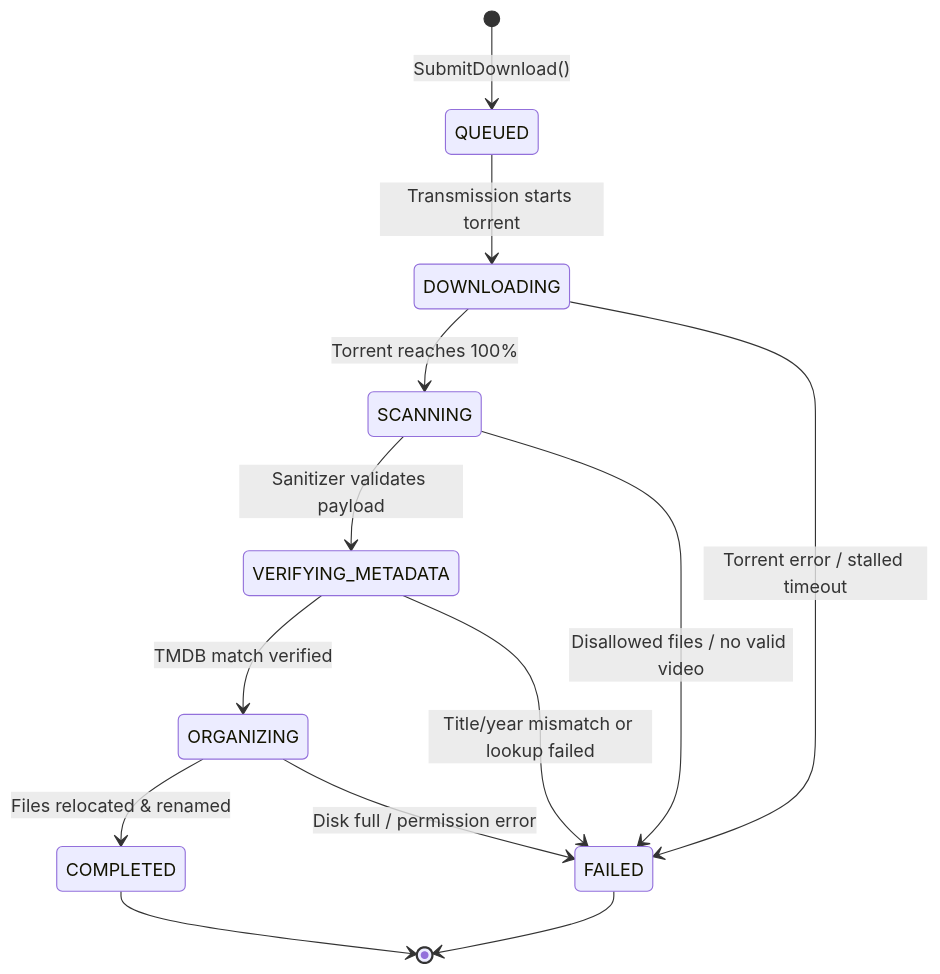
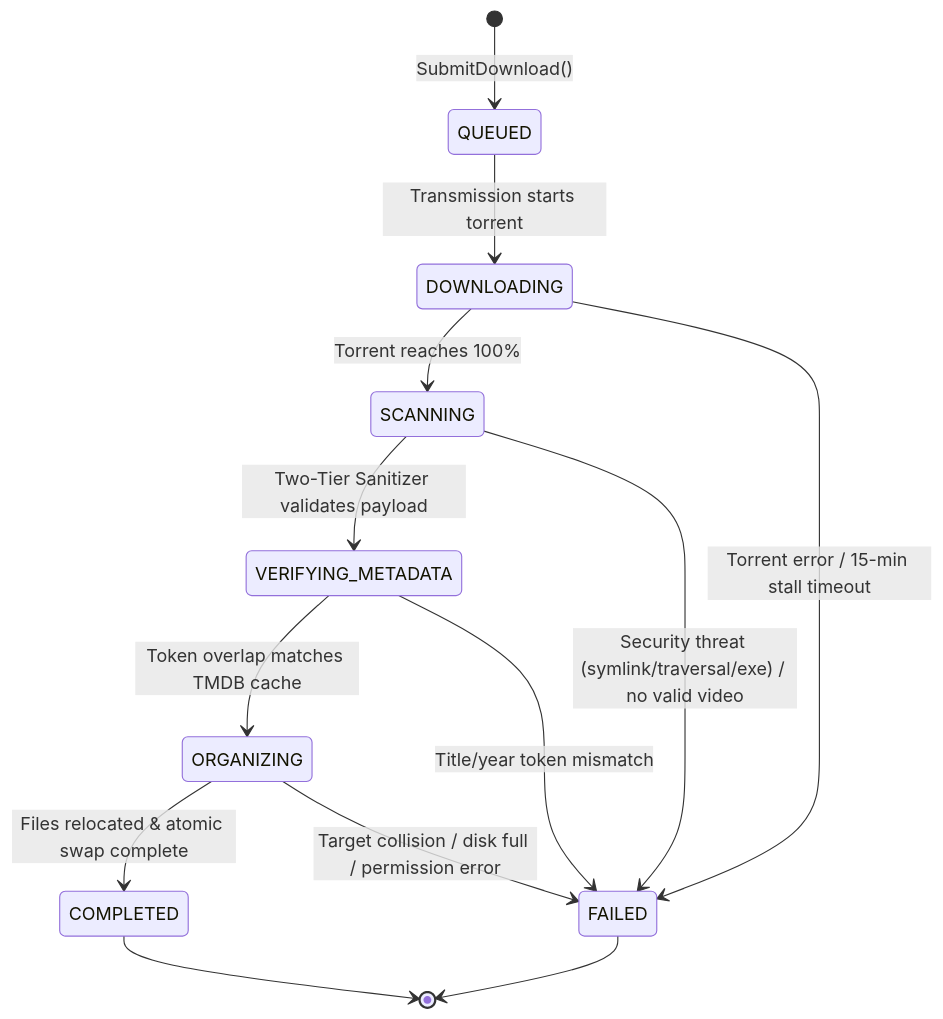
One commit to kiskaadee/MagNetFlix changed the second of 2 diagrams in docs/architecture.md. Above: the diagram before and after it, drawn with Mermaid. The commit also changed other lines of this file and 6 other files, not shown here.

First line of the commit message:
docs(architecture): reconcile ADRs, roadmap, and pipeline invariants

````diff
--- a/docs/architecture.md
+++ b/docs/architecture.md
@@ -45,19 +47,19 @@
 ```mermaid
 stateDiagram-v2
     [*] --> QUEUED: SubmitDownload()
     QUEUED --> DOWNLOADING: Transmission starts torrent
     DOWNLOADING --> SCANNING: Torrent reaches 100%
-    DOWNLOADING --> FAILED: Torrent error / stalled timeout
+    DOWNLOADING --> FAILED: Torrent error / 15-min stall timeout
     
-    SCANNING --> VERIFYING_METADATA: Sanitizer validates payload
-    SCANNING --> FAILED: Disallowed files / no valid video
+    SCANNING --> VERIFYING_METADATA: Two-Tier Sanitizer validates payload
+    SCANNING --> FAILED: Security threat (symlink/traversal/exe) / no valid video
     
-    VERIFYING_METADATA --> ORGANIZING: TMDB match verified
-    VERIFYING_METADATA --> FAILED: Title/year mismatch or lookup failed
+    VERIFYING_METADATA --> ORGANIZING: Token overlap matches TMDB cache
+    VERIFYING_METADATA --> FAILED: Title/year token mismatch
     
-    ORGANIZING --> COMPLETED: Files relocated & renamed
-    ORGANIZING --> FAILED: Disk full / permission error
+    ORGANIZING --> COMPLETED: Files relocated & atomic swap complete
+    ORGANIZING --> FAILED: Target collision / disk full / permission error
     
     COMPLETED --> [*]
     FAILED --> [*]
 ```
````
